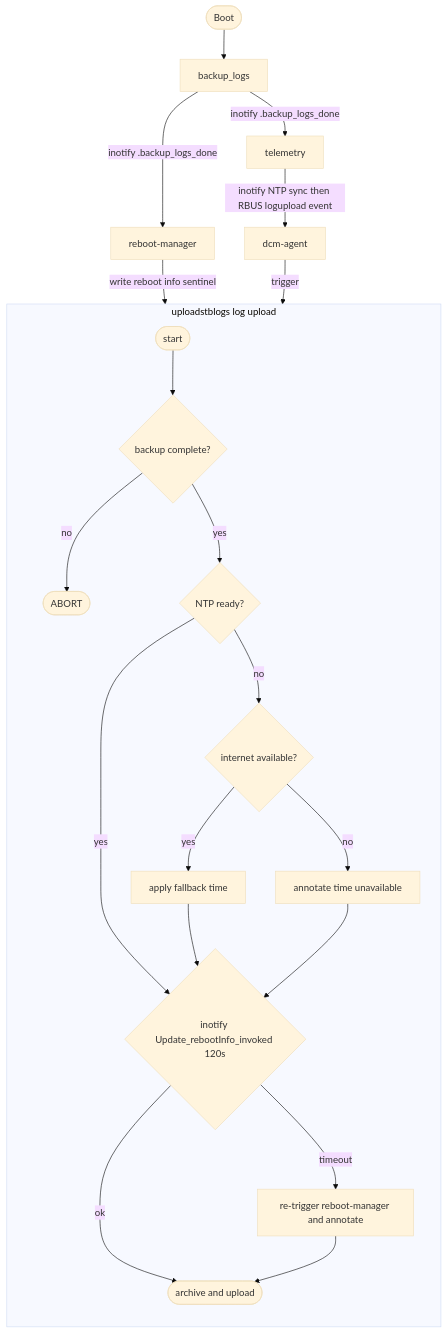
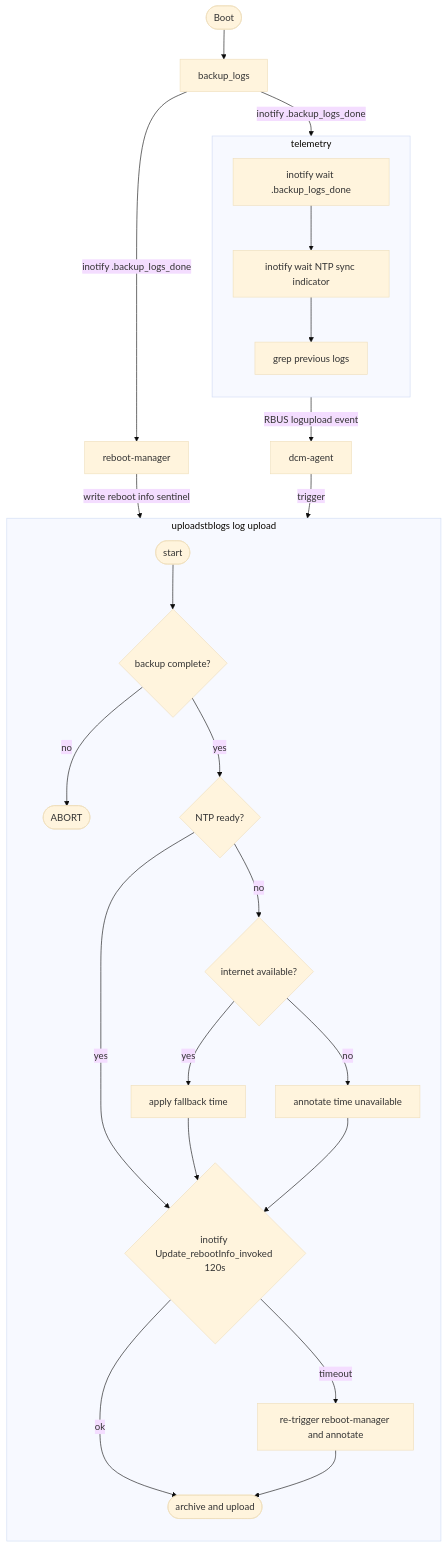
Before and after one commit to rdkcentral/dcm-agent: the second of 2 diagrams in stateanalysis.md, drawn with Mermaid (base theme).

````diff
--- a/stateanalysis.md
+++ b/stateanalysis.md
@@ -46,30 +46,37 @@
 ```mermaid
 flowchart TB
     BOOT([Boot])
 
     BOOT --> BL[backup_logs]
 
     BL -->|inotify .backup_logs_done| RM[reboot-manager]
-    BL -->|inotify .backup_logs_done| TEL[telemetry]
+    BL -->|inotify .backup_logs_done| TEL_BL
 
     RM  -->|write reboot info sentinel| W
-    TEL -->|inotify NTP sync then RBUS logupload event| DCM[dcm-agent]
+
+    subgraph TEL [telemetry]
+        direction TB
+        TEL_BL[inotify wait .backup_logs_done] --> TEL_NTP[inotify wait NTP sync indicator]
+        TEL_NTP --> TEL_GREP[grep previous logs]
+    end
+
+    TEL_GREP -->|RBUS logupload event| DCM[dcm-agent]
 
     subgraph UL [uploadstblogs log upload]
         direction TB
         S([start]) --> G1{"backup complete?"}
         G1 -- no  --> ABORT([ABORT])
         G1 -- yes --> G2{"NTP ready?"}
         G2 -- yes --> W{"inotify Update_rebootInfo_invoked 120s"}
         G2 -- no  --> G3{"internet available?"}
         G3 -- yes --> FALLBACK[apply fallback time]
         G3 -- no  --> ANNOT[annotate time unavailable]
         FALLBACK --> W
         ANNOT --> W
         W -- ok      --> DONE([archive and upload])
         W -- timeout --> TRIG[re-trigger reboot-manager and annotate]
         TRIG --> DONE
     end
 
     DCM -->|trigger| S
 ```
````
